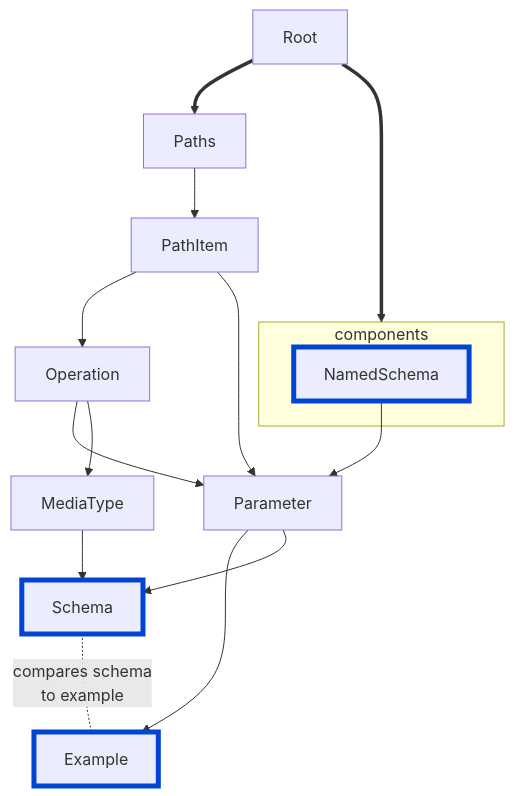
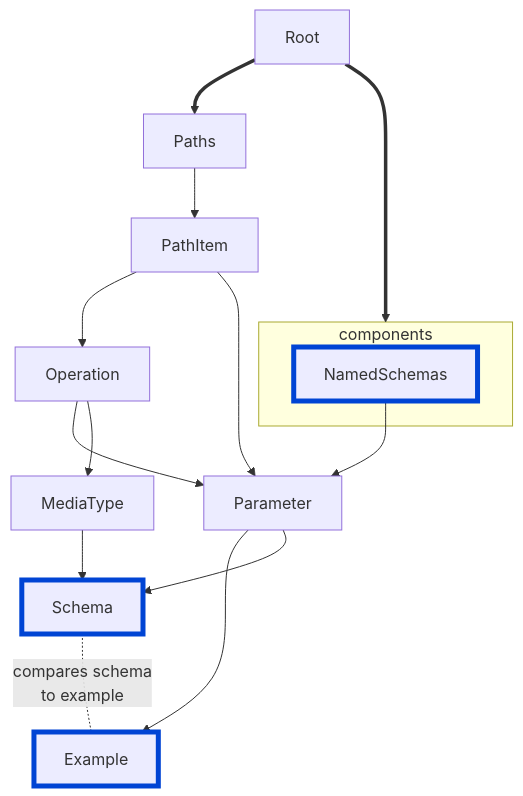
One commit to Redocly/redocly-cli changed the diagram in docs/@v1/rules/oas/no-invalid-schema-examples.md. Above: the diagram before and after it, drawn with Mermaid. The commit also changed 10 other files, not shown here.

Commit message:
update changeset, naming, and diagrams

````diff
--- a/docs/@v1/rules/oas/no-invalid-schema-examples.md
+++ b/docs/@v1/rules/oas/no-invalid-schema-examples.md
@@ -15,22 +15,22 @@
 ```mermaid
 flowchart TD
 
 Root ==> Paths --> PathItem --> Operation --> Parameter --> Example
 PathItem --> Parameter
 Parameter --> Schema
 Operation --> MediaType --> Schema
 Root ==> components
 
-NamedSchema --> Parameter
+NamedSchemas --> Parameter
 
 Schema -.compares schema\nto example.- Example
 
 subgraph components
-NamedSchema
+NamedSchemas
 end
 
 
 style Example fill:#codaf9,stroke:#0044d4,stroke-width:5px
 style Schema fill:#codaf9,stroke:#0044d4,stroke-width:5px
-style NamedSchema fill:#codaf9,stroke:#0044d4,stroke-width:5px
+style NamedSchemas fill:#codaf9,stroke:#0044d4,stroke-width:5px
 ```
````
